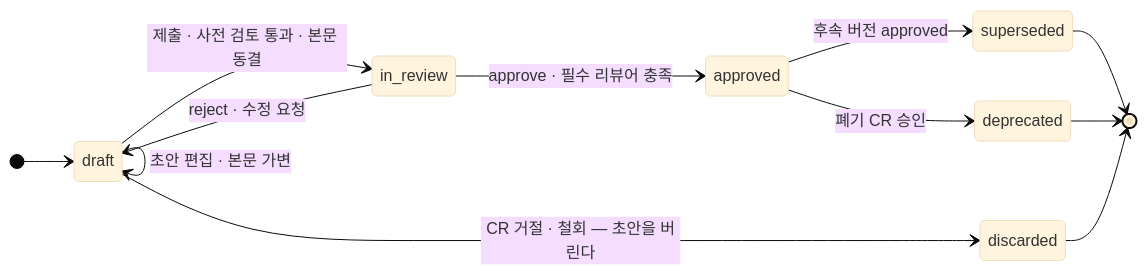
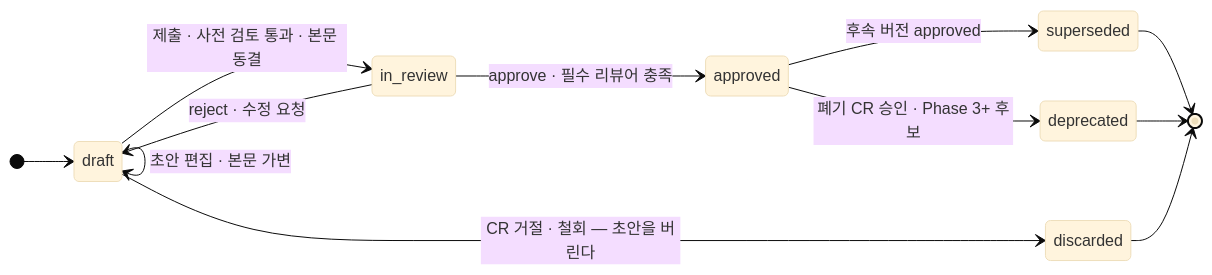
The first of 3 diagrams in docs/03-proposal/spec-workflow.md (worker-ants/nerv), drawn with Mermaid (base theme) before and after one commit. The commit also changed other lines of this file and 76 other files, not shown here.

````diff
--- a/docs/03-proposal/spec-workflow.md
+++ b/docs/03-proposal/spec-workflow.md
@@ -154,15 +159,15 @@
 ```mermaid
 stateDiagram-v2
     direction LR
     [*] --> draft
     draft --> draft: 초안 편집 · 본문 가변
     draft --> in_review: 제출 · 사전 검토 통과 · 본문 동결
     in_review --> draft: reject · 수정 요청
     draft --> discarded: CR 거절 · 철회 — 초안을 버린다
     in_review --> approved: approve · 필수 리뷰어 충족
     approved --> superseded: 후속 버전 approved
-    approved --> deprecated: 폐기 CR 승인
+    approved --> deprecated: 폐기 CR 승인 · Phase 3+ 후보
     superseded --> [*]
     deprecated --> [*]
     discarded --> [*]
 ```
````
